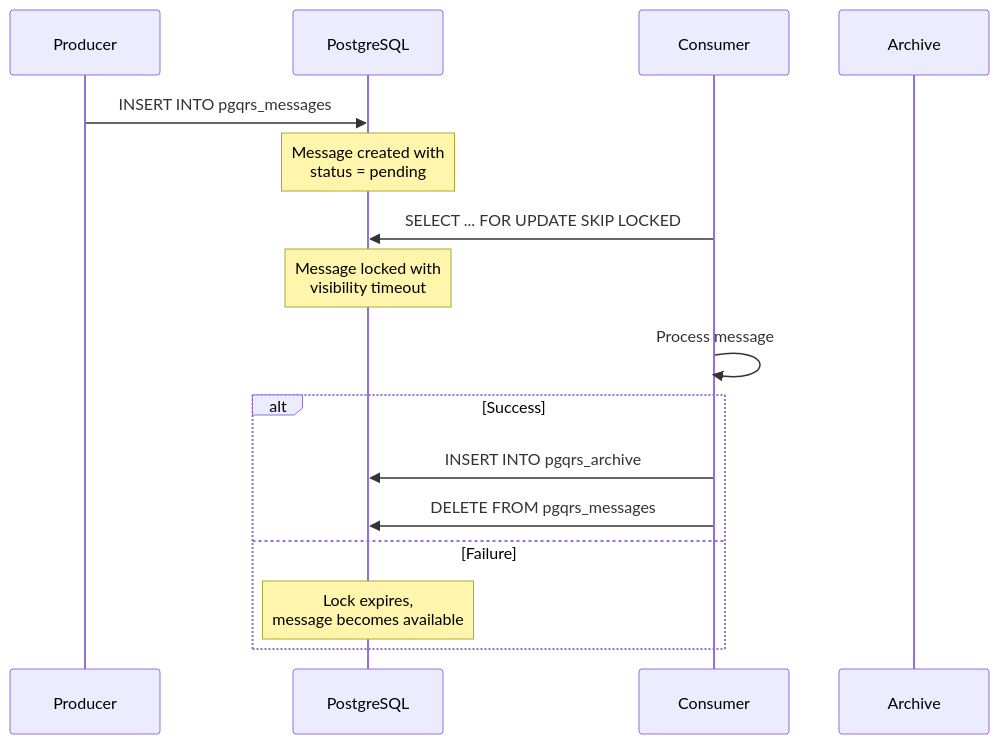
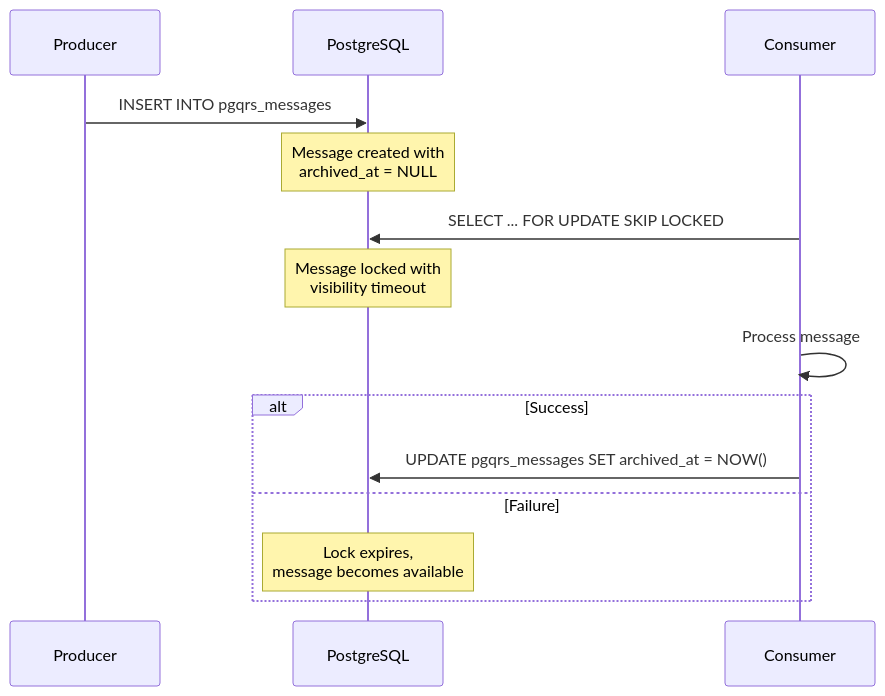
One commit to vrajat/pgqrs changed the third of 3 diagrams in docs/user-guide/concepts/architecture.md. Above: the diagram before and after it, drawn with Mermaid. The commit also changed other lines of this file and 72 other files, not shown here.

````diff
--- a/docs/user-guide/concepts/architecture.md
+++ b/docs/user-guide/concepts/architecture.md
@@ -161,22 +159,20 @@
 ```mermaid
 sequenceDiagram
     participant P as Producer
     participant DB as PostgreSQL
     participant C as Consumer
-    participant A as Archive
 
     P->>DB: INSERT INTO pgqrs_messages
-    Note over DB: Message created with<br/>status = pending
+    Note over DB: Message created with<br/>archived_at = NULL
 
     C->>DB: SELECT ... FOR UPDATE SKIP LOCKED
     Note over DB: Message locked with<br/>visibility timeout
 
     C->>C: Process message
 
     alt Success
-        C->>DB: INSERT INTO pgqrs_archive
-        C->>DB: DELETE FROM pgqrs_messages
+        C->>DB: UPDATE pgqrs_messages SET archived_at = NOW()
     else Failure
         Note over DB: Lock expires,<br/>message becomes available
     end
 ```
````
